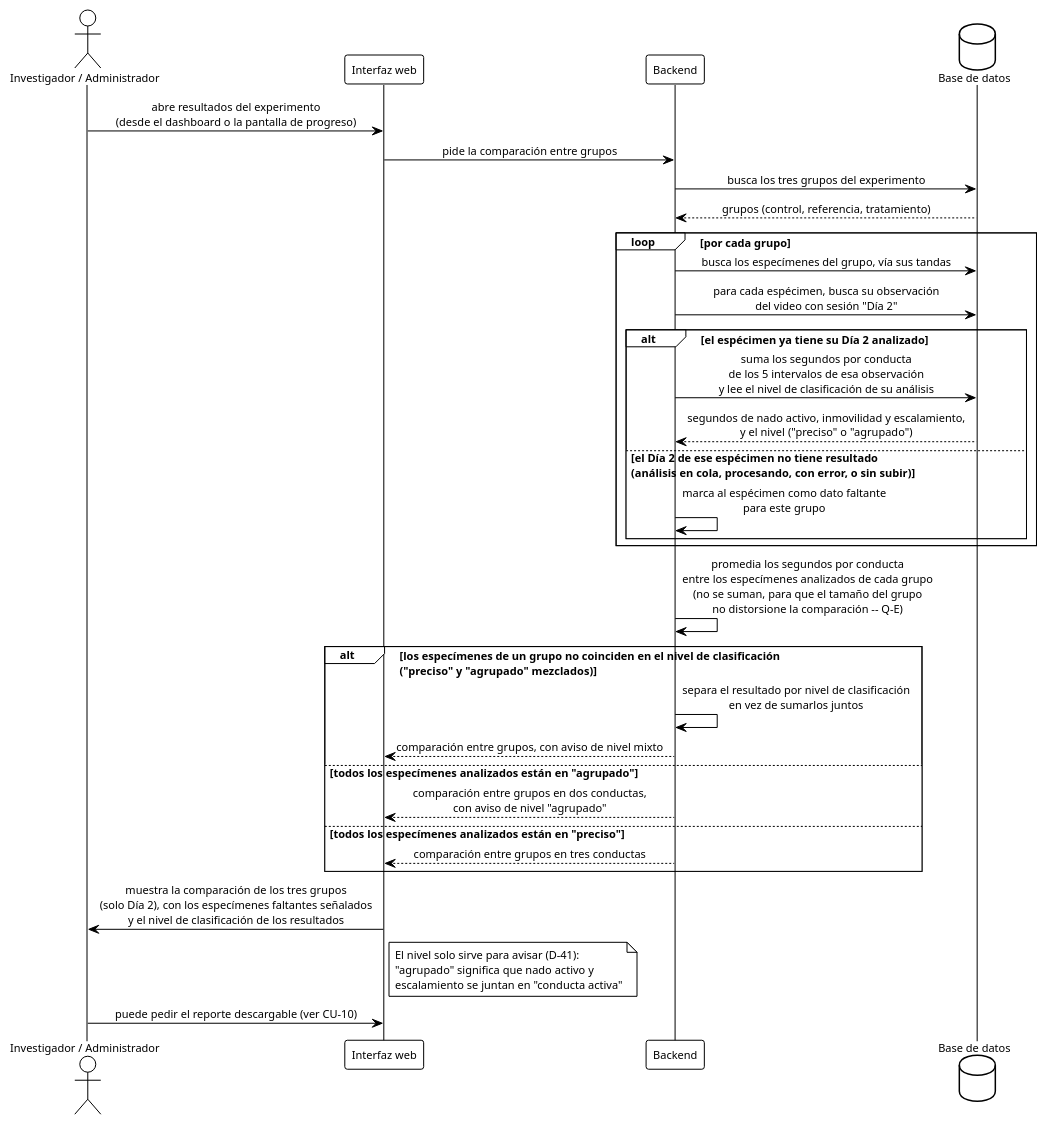
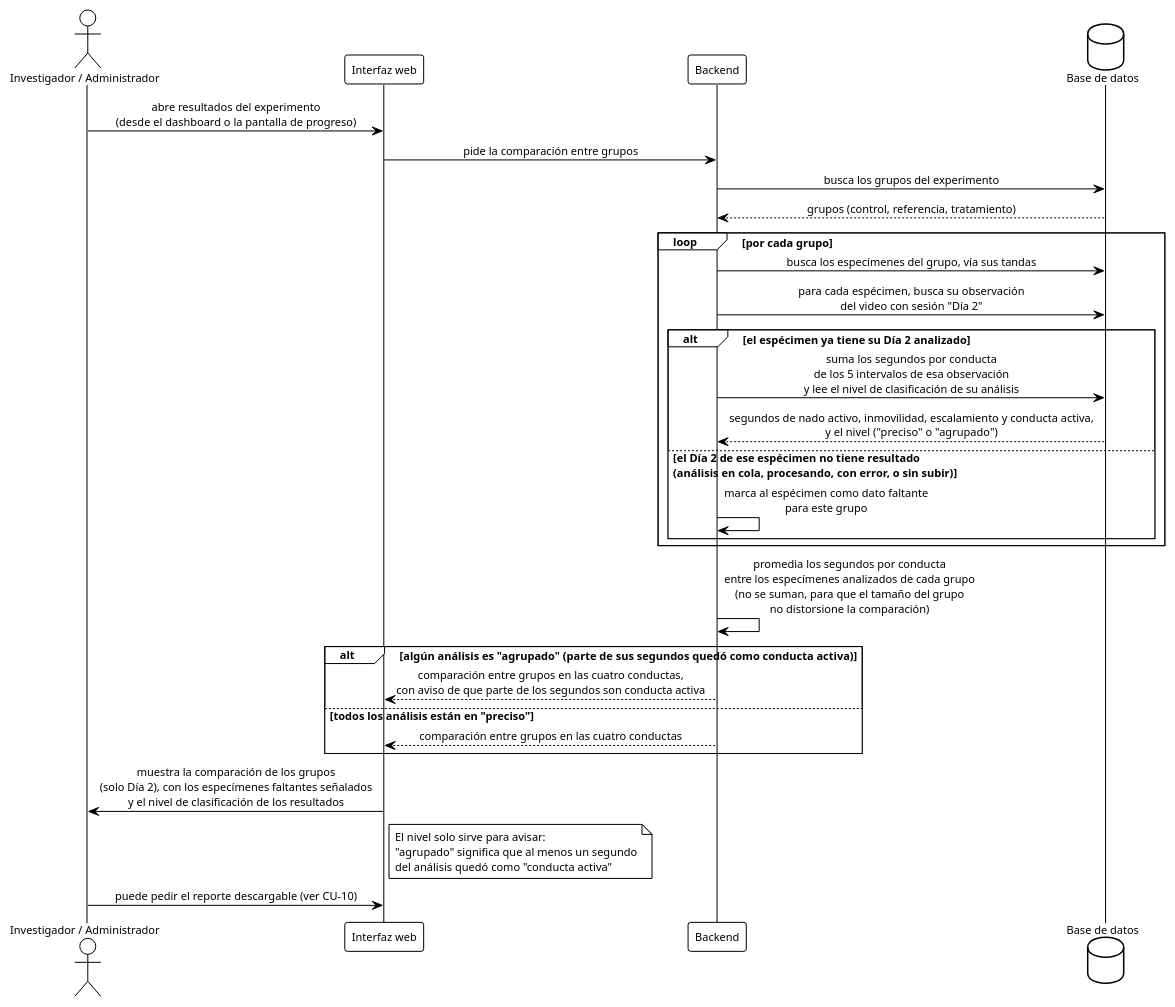
Before and after one commit to ErickJester/fst-ai-system-latex: the diagram in diagramas/seq_consulta_resultados.puml, drawn with PlantUML. The commit also changed 12 other files, not shown here.

```diff
--- a/diagramas/seq_consulta_resultados.puml
+++ b/diagramas/seq_consulta_resultados.puml
@@ -1,99 +1,96 @@
 @startuml seq_consulta_resultados
 ' ================================================================
 '  Secuencia - Consulta de resultados, comparacion entre grupos
 '  Base de datos FST | TT 2026-B066 | ESCOM-IPN
 '  Frausto Robles Angel Ali . Rodriguez Verdin Sandoval Vanesa
 ' ----------------------------------------------------------------
 '  Reemplaza a CU-09 "Consultar resultados del analisis"
 '  (chapters/05_diseno.tex:1540-1591) y a figures/mermaid/seq_resultados.
 '
 '  Por que cambia, con fuente:
 '  - CU-09 compara "Dia 1 vs Dia 2 por especimen" y lee de las tablas
 '    viejas ResultadoComportamiento / ComportamientoPorMinuto, que ya
 '    no existen. La comparacion real que pide el protocolo es OTRA:
 '    "Los 5 minutos del Dia 2, entre los tres grupos" (Reunion 3-sep,
 '    ver errores/preguntas-doctor.md SS5 "Ya respondido").
 '  - El Dia 1 no mide el efecto del tratamiento: solo confirma que
 '    existe el video de habituacion de la prueba de Porsolt (D-54).
 '    No se analiza ni entra en esta comparacion.
 '  - Camino de datos real: GRUPO -> TANDA -> ESPECIMEN -> OBSERVACION
 '    (del video con sesion = "Dia 2") -> INTERVALO -> PRESENTA
 '    (segundos por conducta). Se suma por especimen y se agrega por
 '    grupo -- nada de esto se preguarda, se deriva en consulta
 '    (ver DISENO-BD.md SS0, "Decisiones que sostienen el modelo").
 '  - D-17 (13-sep): un analisis puede ser "preciso" (tres conductas
 '    separadas) o "agrupado" (nado activo + escalamiento fundidos en
 '    "conducta activa"), segun si el clasificador alcanzo F1 >= 85%.
 '    Si dentro de un mismo grupo hay especimenes con los dos niveles,
 '    comparar sus segundos por conducta sin avisar mezclaria
 '    categorias que no significan lo mismo -- CU-09 nunca contemplo
 '    esto porque D-15/D-16/D-17 son posteriores.
 '  - D-41 (3-oct): el nivel se guarda en ANALISIS.nivelClasif --
 '    "agrupado" si algun segundo del analisis quedo como conducta
 '    activa, "preciso" si ninguno. La interfaz solo lo usa para
 '    avisar en los resultados; el diagrama lo lee junto con los
 '    segundos de cada especimen.
 '
 '  ---- Provisional, pendiente de confirmar con el laboratorio ----
 '  Q-E  Se promedia por especimen, no se suma por grupo, para que el
 '       tamano del grupo no distorsione la comparacion. Sin confirmar
 '       si el laboratorio de verdad compara asi o por total.
 '  Q-F  Si un grupo mezcla niveles "preciso"/"agrupado", se muestran
 '       separados con aviso, en vez de forzar todo a "agrupado". Sin
 '       confirmar cual prefiere el laboratorio.
 '  Ver errores/preguntas-doctor.md SS2 (Q-E, Q-F) para el detalle.
 '
 '  Generar:
 '      java -jar plantuml.jar -tpng diagramas/seq_consulta_resultados.puml
 ' ================================================================
 
 !theme plain
 skinparam defaultFontName Arial
 skinparam defaultFontSize 11
 skinparam shadowing false
 skinparam sequenceMessageAlign center
 skinparam BoxPadding 10
 
 actor "Investigador / Administrador" as inv
 participant "Interfaz web" as ui
 participant Backend as api
 database "Base de datos" as db
 
 inv -> ui: abre resultados del experimento\n(desde el dashboard o la pantalla de progreso)
 ui -> api: pide la comparación entre grupos
-api -> db: busca los tres grupos del experimento
+api -> db: busca los grupos del experimento
 
 db --> api: grupos (control, referencia, tratamiento)
 
 loop por cada grupo
   api -> db: busca los especímenes del grupo, vía sus tandas
   api -> db: para cada espécimen, busca su observación\ndel video con sesión "Día 2"
 
   alt el espécimen ya tiene su Día 2 analizado
     api -> db: suma los segundos por conducta\nde los 5 intervalos de esa observación\ny lee el nivel de clasificación de su análisis
-    db --> api: segundos de nado activo, inmovilidad y escalamiento,\ny el nivel ("preciso" o "agrupado")
+    db --> api: segundos de nado activo, inmovilidad, escalamiento y conducta activa,\ny el nivel ("preciso" o "agrupado")
   else el Día 2 de ese espécimen no tiene resultado\n(análisis en cola, procesando, con error, o sin subir)
     api -> api: marca al espécimen como dato faltante\npara este grupo
   end
 end
 
-api -> api: promedia los segundos por conducta\nentre los especímenes analizados de cada grupo\n(no se suman, para que el tamaño del grupo\nno distorsione la comparación -- Q-E)
+api -> api: promedia los segundos por conducta\nentre los especímenes analizados de cada grupo\n(no se suman, para que el tamaño del grupo\nno distorsione la comparación)
 
-alt los especímenes de un grupo no coinciden en el nivel de clasificación\n("preciso" y "agrupado" mezclados)
-  api -> api: separa el resultado por nivel de clasificación\nen vez de sumarlos juntos
-  api --> ui: comparación entre grupos, con aviso de nivel mixto
-else todos los especímenes analizados están en "agrupado"
-  api --> ui: comparación entre grupos en dos conductas,\ncon aviso de nivel "agrupado"
-else todos los especímenes analizados están en "preciso"
-  api --> ui: comparación entre grupos en tres conductas
+alt algún análisis es "agrupado" (parte de sus segundos quedó como conducta activa)
+  api --> ui: comparación entre grupos en las cuatro conductas,\ncon aviso de que parte de los segundos son conducta activa
+else todos los análisis están en "preciso"
+  api --> ui: comparación entre grupos en las cuatro conductas
 end
 
-ui -> inv: muestra la comparación de los tres grupos\n(solo Día 2), con los especímenes faltantes señalados\ny el nivel de clasificación de los resultados
+ui -> inv: muestra la comparación de los grupos\n(solo Día 2), con los especímenes faltantes señalados\ny el nivel de clasificación de los resultados
 note right of ui
-  El nivel solo sirve para avisar (D-41):
-  "agrupado" significa que nado activo y
-  escalamiento se juntan en "conducta activa"
+  El nivel solo sirve para avisar:
+  "agrupado" significa que al menos un segundo
+  del análisis quedó como "conducta activa"
 end note
 inv -> ui: puede pedir el reporte descargable (ver CU-10)
 
 @enduml
```
